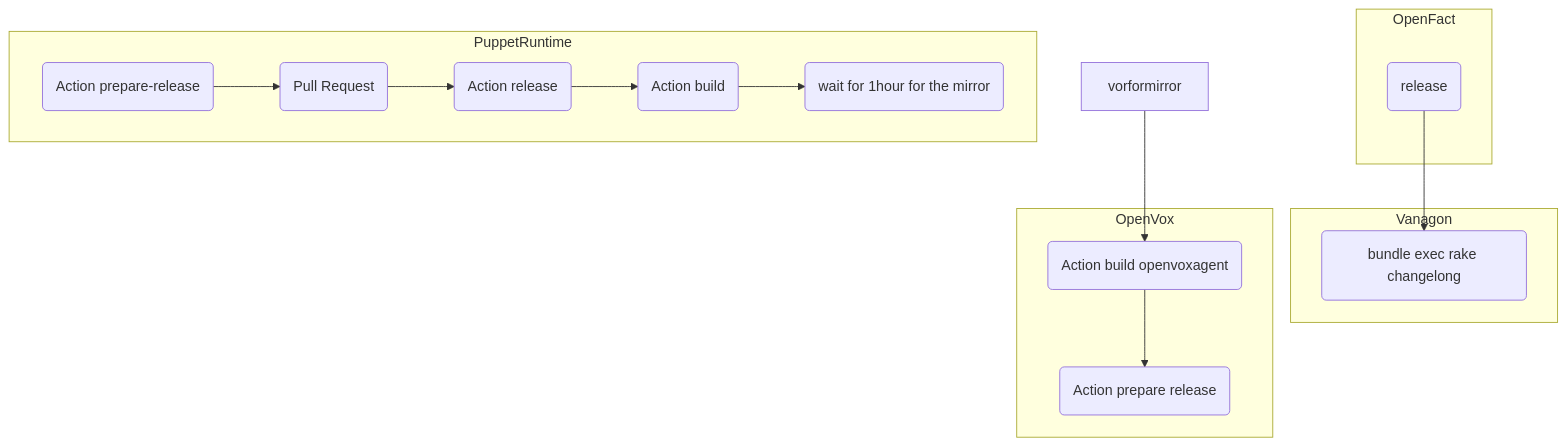
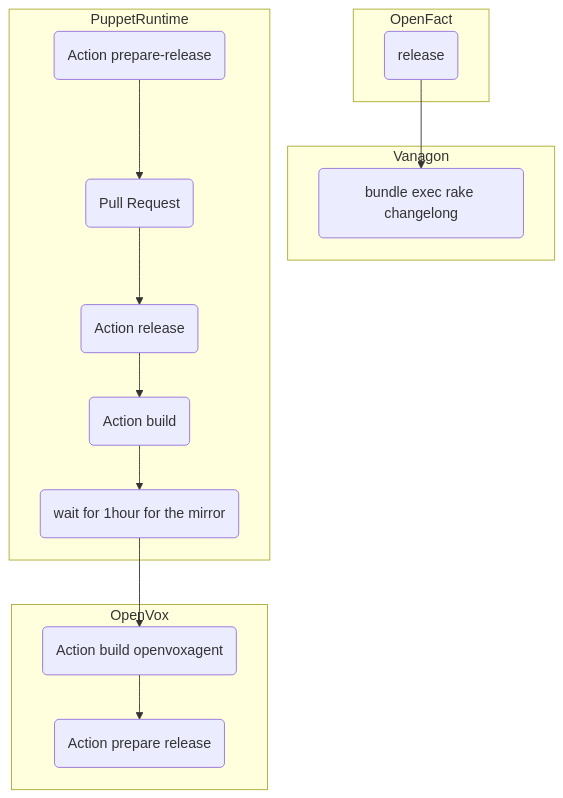
The second of 2 diagrams in vanagon_dokumentation.md (marcusdots/vanagon-documentation), drawn with Mermaid before and after one commit.

````diff
--- a/vanagon_dokumentation.md
+++ b/vanagon_dokumentation.md
@@ -89,29 +89,29 @@
 ```mermaid
 graph TD;
 
 openfactrelease --> vanagonchangelog
 
 subgraph OpenFact
   openfactrelease("release")
 end
 
 subgraph Vanagon
   vanagonchangelog("`bundle exec rake changelong`")
 end
 
 subgraph PuppetRuntime
   PuppetRuntimeActionPrepareRelease("Action prepare-release") -->
   PuppetRuntimePullRequest("Pull Request") -->
   PuppetRuntimeActionRelease("Action release") -->
   PuppetRuntimeActionBuild("Action build") -->
   waitformirror("wait for 1hour for the mirror")
 end
 
-vorformirror-->openvoxbuildagent
+waitformirror-->openvoxbuildagent
 
 subgraph OpenVox
   openvoxbuildagent("Action build openvoxagent") -->
   openvoxpreparerelease("Action prepare release")
 end
 
 ```
````
